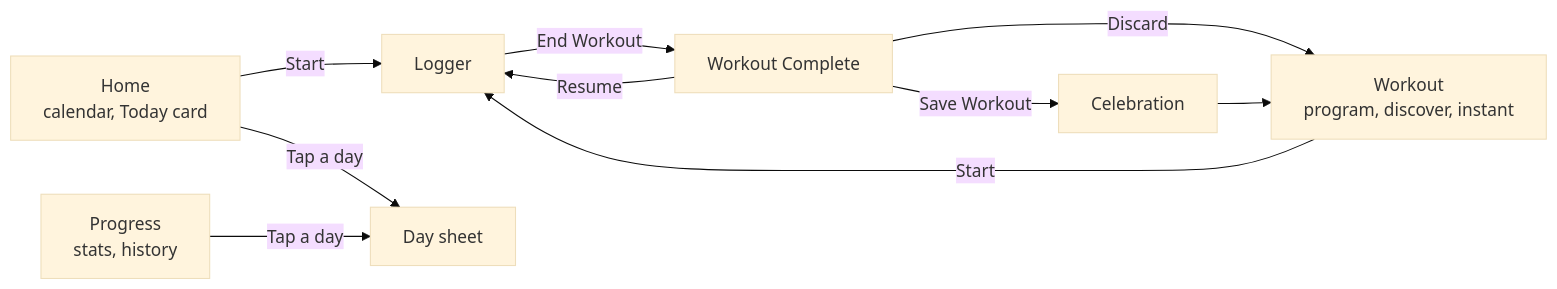
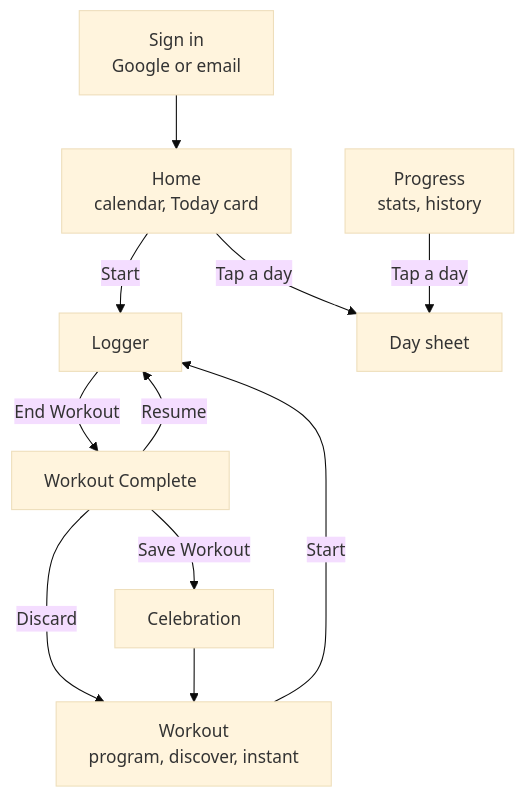
One commit to biruklarebo/veylith changed the first of 7 diagrams in docs/features.md. Above: the diagram before and after it, drawn with Mermaid (base theme). The commit also changed other lines of this file and 2 other files, not shown here.

````diff
--- a/docs/features.md
+++ b/docs/features.md
@@ -7,19 +7,21 @@
 ```mermaid
-flowchart LR
+flowchart TD
+    login["Sign in<br/>Google or email"]
     home["Home<br/>calendar, Today card"]
     workout["Workout<br/>program, discover, instant"]
     logger["Logger"]
     complete["Workout Complete"]
     celebrate["Celebration"]
     progress["Progress<br/>stats, history"]
 
+    login --> home
     home -- Start --> logger
     workout -- Start --> logger
     logger -- "End Workout" --> complete
     complete -- Resume --> logger
     complete -- "Save Workout" --> celebrate
     complete -- Discard --> workout
     celebrate --> workout
     home -- "Tap a day" --> day["Day sheet"]
     progress -- "Tap a day" --> day
 ```
````
